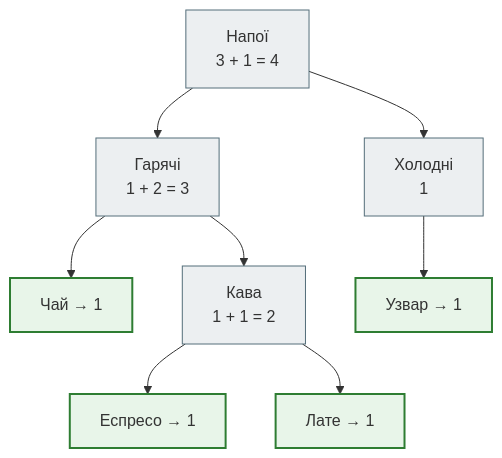
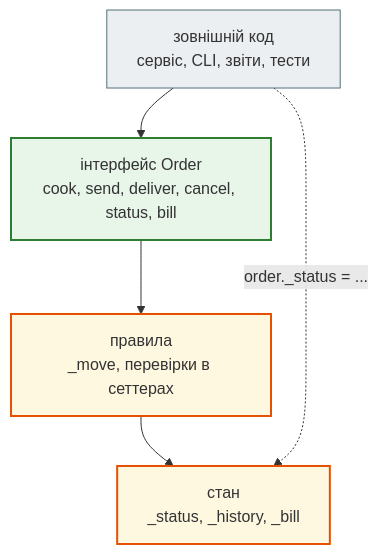
Before and after one commit to AlinaRadchenko/PY-Course-Victor-Nikoriak-22-09-2026: the second of 3 diagrams in docs/modules/m2/lesson_22.md, drawn with Mermaid. The commit also changed other lines of this file and 1846 other files, not shown here.

````diff
--- a/docs/modules/m2/lesson_22.md
+++ b/docs/modules/m2/lesson_22.md
@@ -88,19 +460,17 @@
 ```mermaid
 flowchart TD
     classDef step     fill:#eceff1,stroke:#546e7a,stroke-width:1px;
     classDef decision fill:#e3f2fd,stroke:#1565c0,stroke-width:2px;
     classDef success  fill:#e8f5e9,stroke:#2e7d32,stroke-width:2px;
     classDef error    fill:#ffebee,stroke:#c62828,stroke-width:3px;
     classDef warning  fill:#fff8e1,stroke:#e65100,stroke-width:2px;
 
-    N["Напої<br>3 + 1 = 4"] --> H["Гарячі<br>1 + 2 = 3"]
-    N --> C["Холодні<br>1"]
-    H --> T["Чай → 1"]
-    H --> K["Кава<br>1 + 1 = 2"]
-    K --> E["Еспресо → 1"]
-    K --> L["Лате → 1"]
-    C --> U["Узвар → 1"]
+    EXT["зовнішній код<br>сервіс, CLI, звіти, тести"] --> API["інтерфейс Order<br>cook, send, deliver, cancel, status, bill"]
+    API --> RULES["правила<br>_move, перевірки в сеттерах"]
+    RULES --> STATE["стан<br>_status, _history, _bill"]
+    EXT -. "order._status = ..." .-> STATE
 
-    class N,H,C,K step
-    class T,E,L,U success
+    class EXT step
+    class API success
+    class RULES,STATE warning
 ```
````
